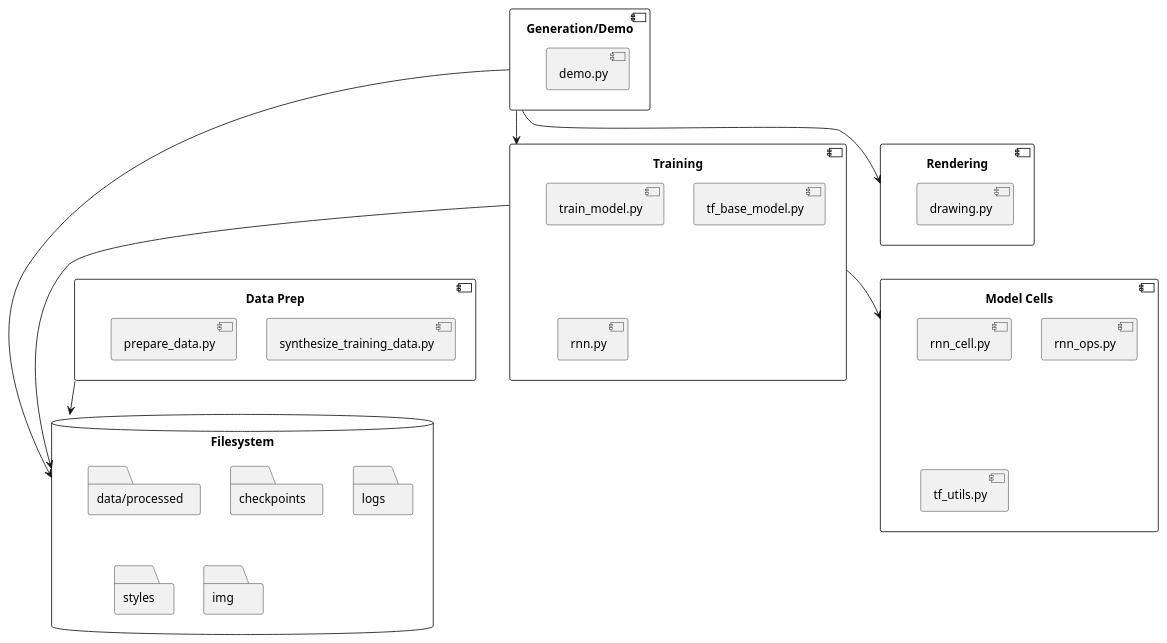
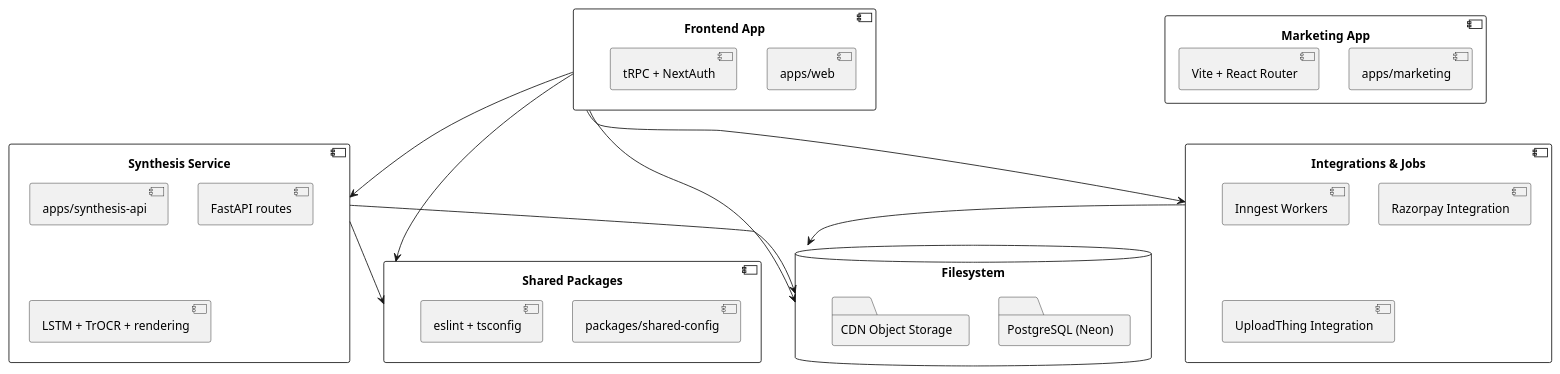
Before and after one commit to bhadraagada/ctrlpluspen: diagram 13 of 15 in docss/CONCEPTUAL_DIAGRAMS.md, drawn with PlantUML. The commit also changed other lines of this file and 138 other files, not shown here.

````diff
--- a/docss/CONCEPTUAL_DIAGRAMS.md
+++ b/docss/CONCEPTUAL_DIAGRAMS.md
@@ -541,46 +649,46 @@
 ```plantuml
 @startuml
 skinparam monochrome true
 skinparam shadowing false
 
-component "Data Prep" as C1 {
-  [synthesize_training_data.py]
-  [prepare_data.py]
+component "Frontend App" as C1 {
+  [apps/web]
+  [tRPC + NextAuth]
 }
 
-component "Training" as C2 {
-  [train_model.py]
-  [tf_base_model.py]
-  [rnn.py]
+component "Synthesis Service" as C2 {
+  [apps/synthesis-api]
+  [FastAPI routes]
+  [LSTM + TrOCR + rendering]
 }
 
-component "Model Cells" as C3 {
-  [rnn_cell.py]
-  [rnn_ops.py]
-  [tf_utils.py]
+component "Marketing App" as C3 {
+  [apps/marketing]
+  [Vite + React Router]
 }
 
-component "Generation/Demo" as C4 {
-  [demo.py]
+component "Shared Packages" as C4 {
+  [packages/shared-config]
+  [eslint + tsconfig]
 }
 
-component "Rendering" as C5 {
-  [drawing.py]
+component "Integrations & Jobs" as C5 {
+  [Inngest Workers]
+  [Razorpay Integration]
+  [UploadThing Integration]
 }
 
 database "Filesystem" as FS {
-  folder "data/processed"
-  folder "checkpoints"
-  folder "logs"
-  folder "styles"
-  folder "img"
+  folder "PostgreSQL (Neon)"
+  folder "CDN Object Storage"
 }
 
 C1 --> FS
 C2 --> FS
-C4 --> FS
-C2 --> C3
-C4 --> C2
-C4 --> C5
+C5 --> FS
+C1 --> C2
+C1 --> C4
+C2 --> C4
+C1 --> C5
 @enduml
 ```
````
